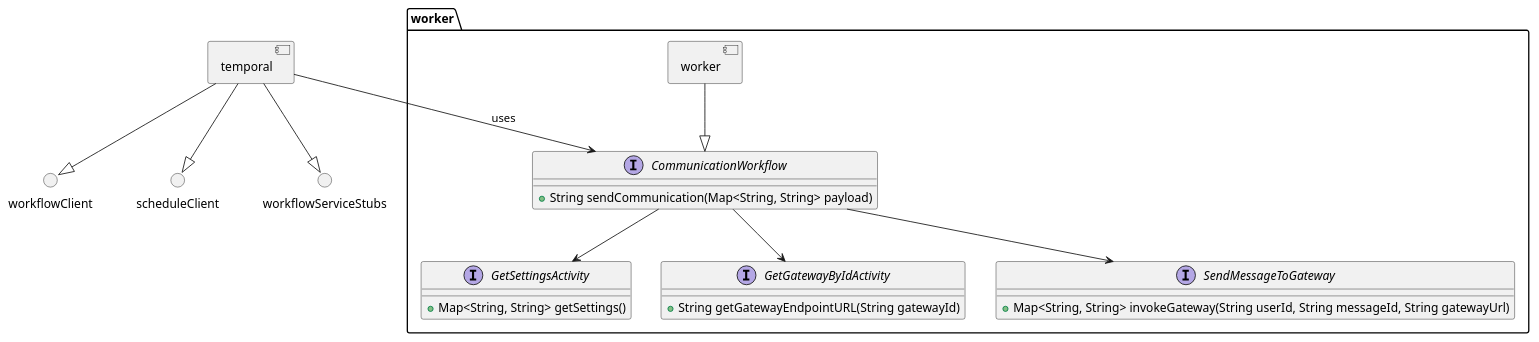
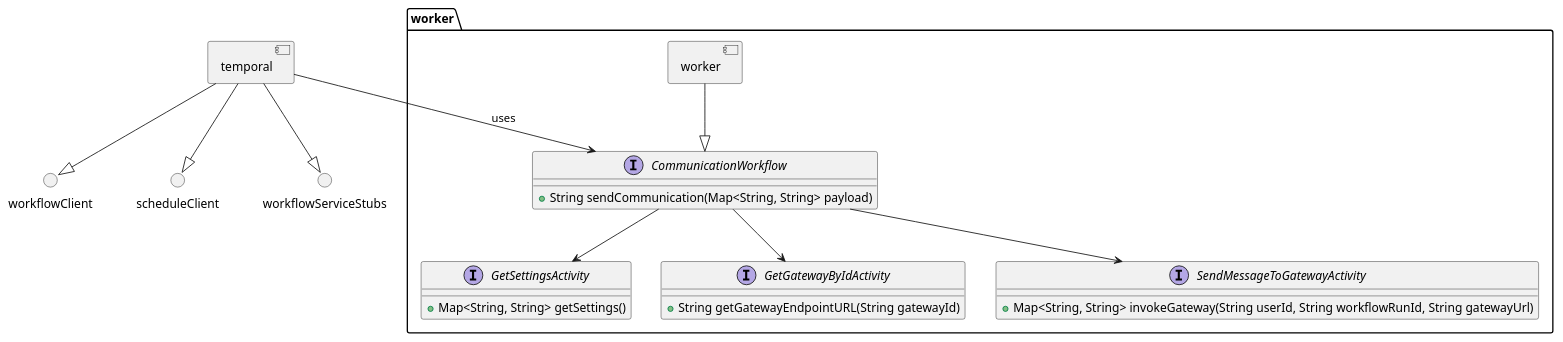
Before and after one commit to CameronWard301/communication_scheduler: the diagram in Designs/System Context/Components/WorkerInterfaces.puml, drawn with PlantUML. The commit also changed 6 other files, not shown here.

Commit message:
Update/worfklow activity diagrams

```diff
--- a/Designs/System Context/Components/WorkerInterfaces.puml
+++ b/Designs/System Context/Components/WorkerInterfaces.puml
@@ -1,47 +1,47 @@
 @startuml Component Interfaces
 
 component temporal {
 }
 
 () workflowClient
 () scheduleClient
 () workflowServiceStubs
 
 
 workflowServiceStubs <|-u- temporal
 workflowClient <|-u- temporal
 scheduleClient <|-u- temporal
 
 
 package "worker" as workerGroup {
     component worker{
     }
 
     interface CommunicationWorkflow {
         + String sendCommunication(Map<String, String> payload)
 
     }
 
     interface GetSettingsActivity {
         + Map<String, String> getSettings()
 
     }
 
     interface GetGatewayByIdActivity {
         + String getGatewayEndpointURL(String gatewayId)
 
     }
 
-    interface SendMessageToGateway {
-        + Map<String, String> invokeGateway(String userId, String messageId, String gatewayUrl)
+    interface SendMessageToGatewayActivity {
+        + Map<String, String> invokeGateway(String userId, String workflowRunId, String gatewayUrl)
     }
 
     worker --|> CommunicationWorkflow
     CommunicationWorkflow --> GetSettingsActivity
-    CommunicationWorkflow --> SendMessageToGateway
+    CommunicationWorkflow --> SendMessageToGatewayActivity
     CommunicationWorkflow --> GetGatewayByIdActivity
 }
 
 temporal --> CommunicationWorkflow: uses
 
 @enduml
```
